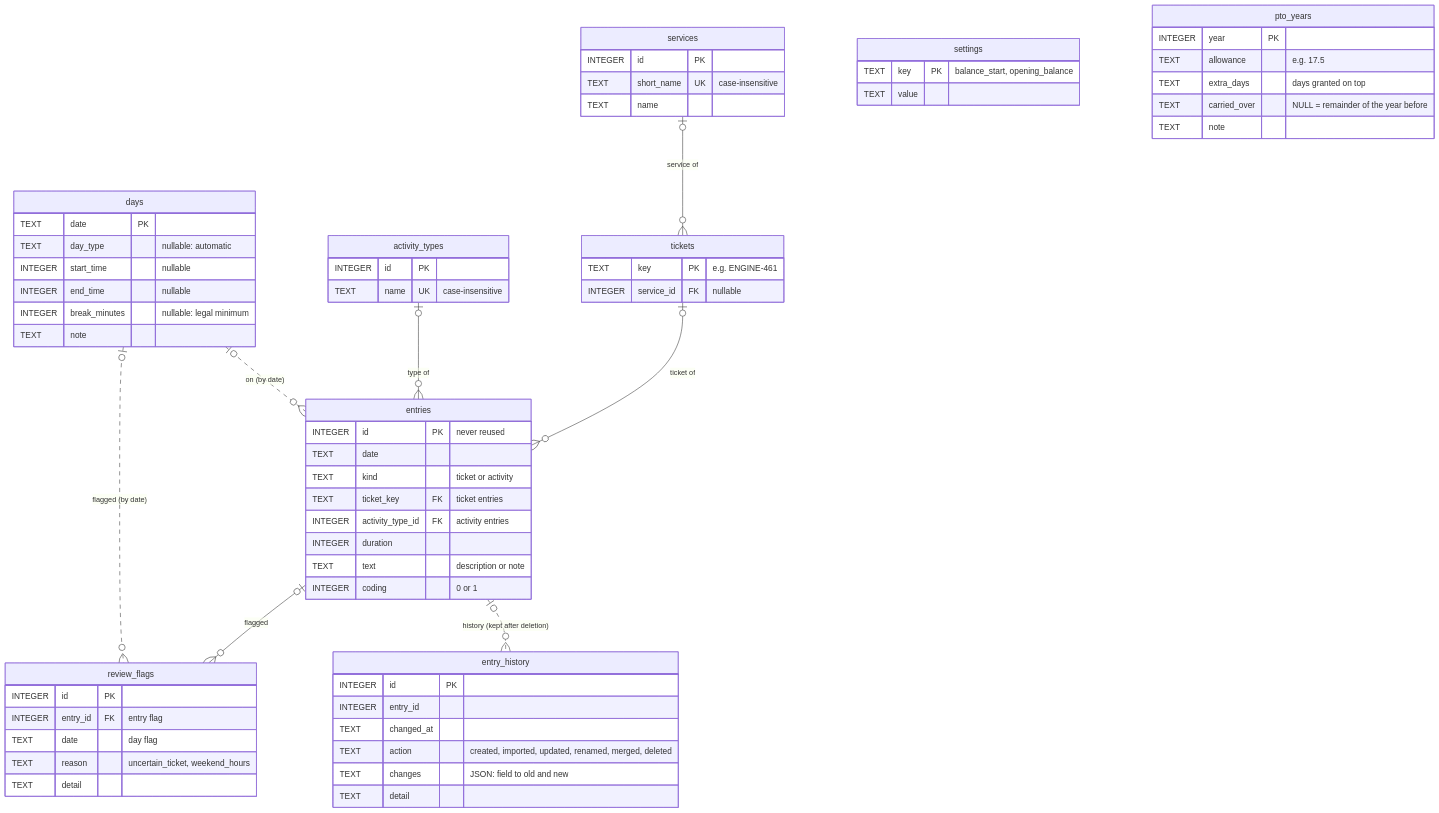
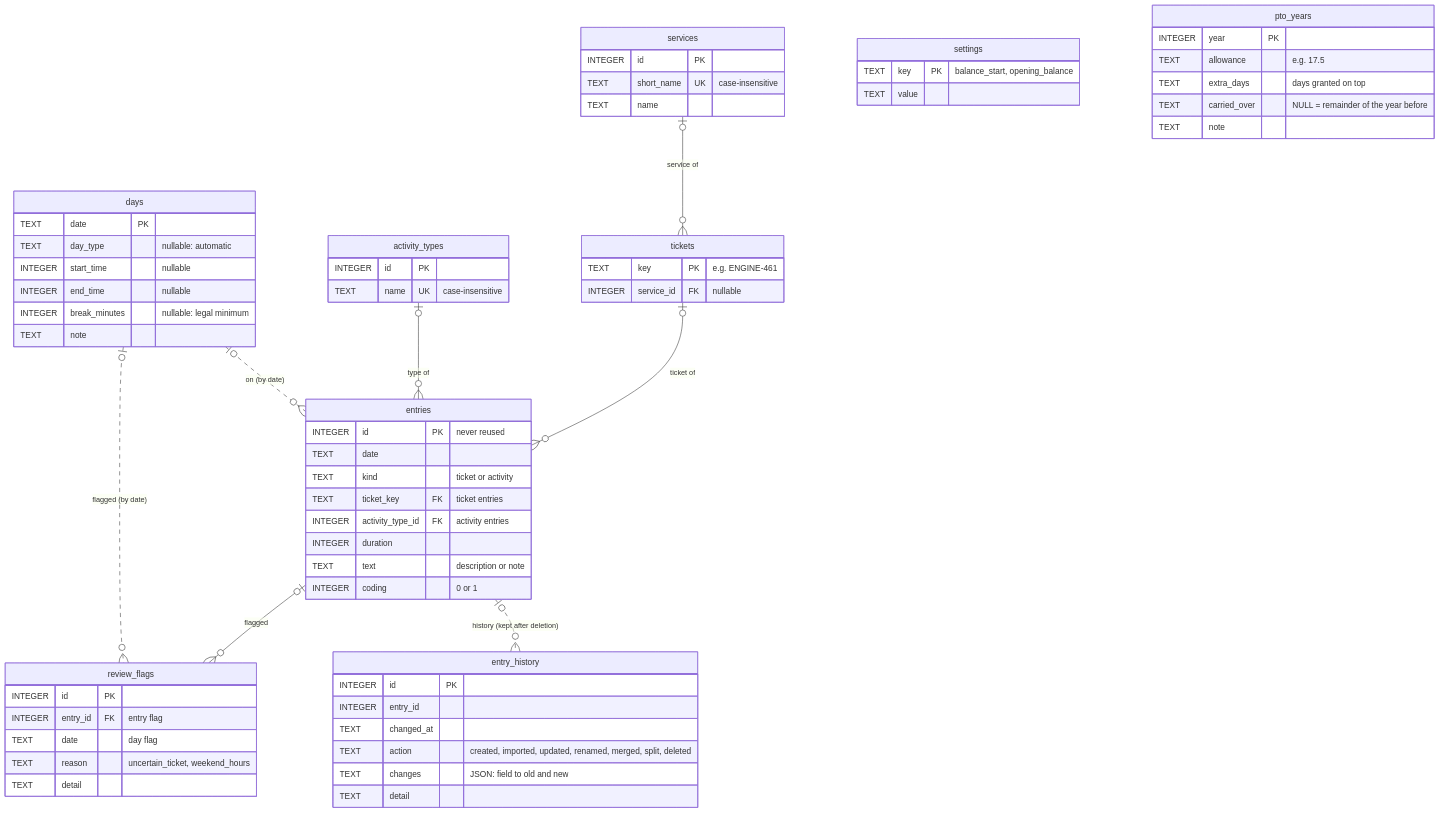
One commit to mayo-s/work-tracker changed the diagram in README.md. Above: the diagram before and after it, drawn with Mermaid. The commit also changed other lines of this file, not shown here.

````diff
--- a/README.md
+++ b/README.md
@@ -202,68 +239,68 @@
 ```mermaid
 erDiagram
     services |o--o{ tickets: "service of"
     tickets |o--o{ entries: "ticket of"
     activity_types |o--o{ entries: "type of"
     entries |o--o{ review_flags: "flagged"
     days |o..o{ review_flags: "flagged (by date)"
     days |o..o{ entries: "on (by date)"
     entries |o..o{ entry_history: "history (kept after deletion)"
 
     settings {
         TEXT key PK "balance_start, opening_balance"
         TEXT value
     }
     pto_years {
         INTEGER year PK
         TEXT allowance "e.g. 17.5"
         TEXT extra_days "days granted on top"
         TEXT carried_over "NULL = remainder of the year before"
         TEXT note
     }
     services {
         INTEGER id PK
         TEXT short_name UK "case-insensitive"
         TEXT name
     }
     activity_types {
         INTEGER id PK
         TEXT name UK "case-insensitive"
     }
     tickets {
         TEXT key PK "e.g. ENGINE-461"
         INTEGER service_id FK "nullable"
     }
     days {
         TEXT date PK
         TEXT day_type "nullable: automatic"
         INTEGER start_time "nullable"
         INTEGER end_time "nullable"
         INTEGER break_minutes "nullable: legal minimum"
         TEXT note
     }
     entries {
         INTEGER id PK "never reused"
         TEXT date
         TEXT kind "ticket or activity"
         TEXT ticket_key FK "ticket entries"
         INTEGER activity_type_id FK "activity entries"
         INTEGER duration
         TEXT text "description or note"
         INTEGER coding "0 or 1"
     }
     entry_history {
         INTEGER id PK
         INTEGER entry_id
         TEXT changed_at
-        TEXT action "created, imported, updated, renamed, merged, deleted"
+        TEXT action "created, imported, updated, renamed, merged, split, deleted"
         TEXT changes "JSON: field to old and new"
         TEXT detail
     }
     review_flags {
         INTEGER id PK
         INTEGER entry_id FK "entry flag"
         TEXT date "day flag"
         TEXT reason "uncertain_ticket, weekend_hours"
         TEXT detail
     }
 ```
````
